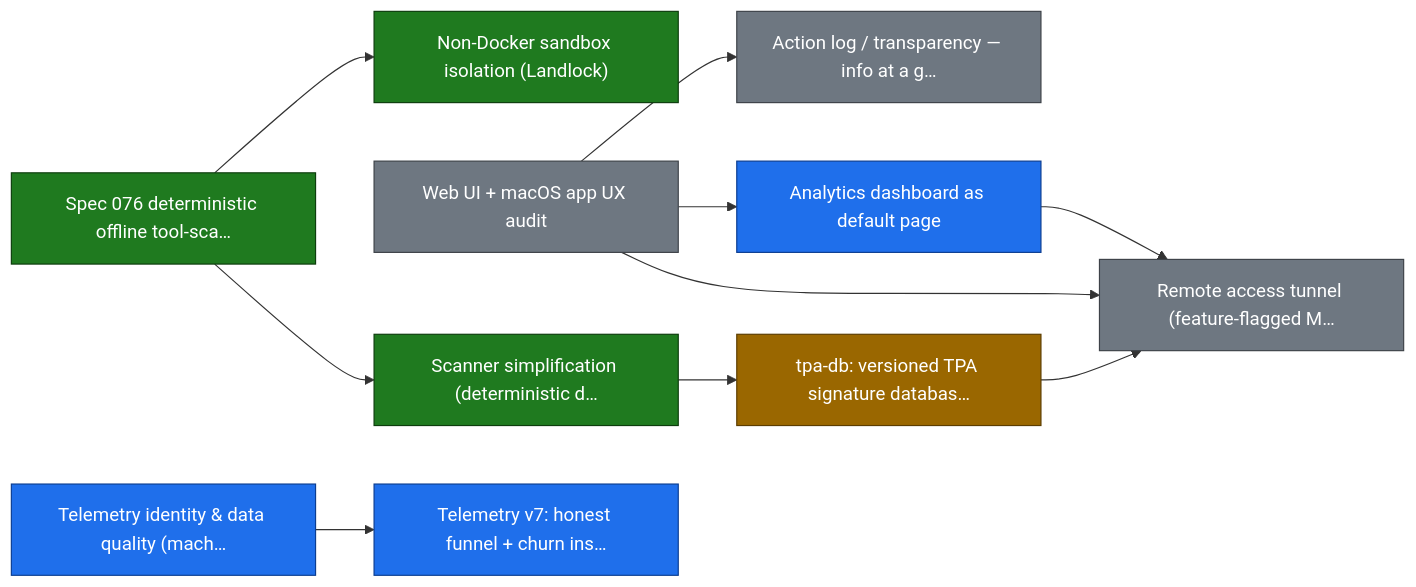
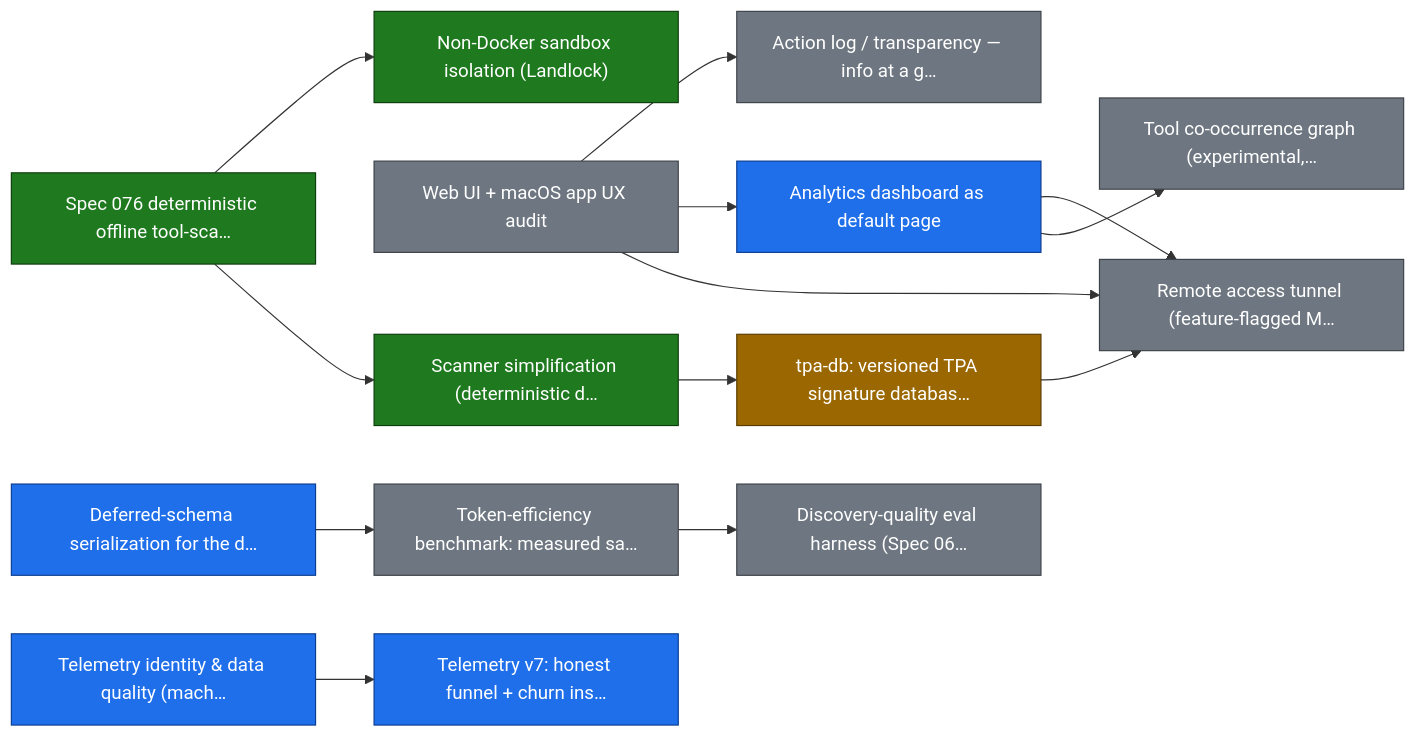
Before and after one commit to smart-mcp-proxy/mcpproxy-go: the first of 20 diagrams in ROADMAP.md, drawn with Mermaid. The commit also changed other lines of this file and 1 other file, not shown here.

First line of the commit message:
chore(roadmap): add token-bench and tool-graph epics

````diff
--- a/ROADMAP.md
+++ b/ROADMAP.md
@@ -36,32 +36,39 @@
 ```mermaid
 graph LR
   sandbox_isolation["Non-Docker sandbox isolation (Landlock)"]
   scanner_v2["Spec 076 deterministic offline tool-sca…"]
   ux_audit["Web UI + macOS app UX audit"]
   action_log_transparency["Action log / transparency — info at a g…"]
   analytics_dashboard["Analytics dashboard as default page"]
   scanner_simplification["Scanner simplification (deterministic d…"]
   tpa_db["tpa-db: versioned TPA signature databas…"]
   remote_access_tunnel["Remote access tunnel (feature-flagged M…"]
+  schema_deferred["Deferred-schema serialization for the d…"]
+  token_bench["Token-efficiency benchmark: measured sa…"]
+  tool_graph["Tool co-occurrence graph (experimental,…"]
   telemetry_identity["Telemetry identity & data quality (mach…"]
   telemetry_v7_churn["Telemetry v7: honest funnel + churn ins…"]
+  discovery_eval_harness["Discovery-quality eval harness (Spec 06…"]
 
   scanner_v2 --> sandbox_isolation
   ux_audit --> action_log_transparency
   ux_audit --> analytics_dashboard
   scanner_v2 --> scanner_simplification
   scanner_simplification --> tpa_db
   tpa_db --> remote_access_tunnel
   ux_audit --> remote_access_tunnel
   analytics_dashboard --> remote_access_tunnel
+  schema_deferred --> token_bench
+  analytics_dashboard --> tool_graph
   telemetry_identity --> telemetry_v7_churn
+  token_bench --> discovery_eval_harness
 
   classDef done fill:#1f7a1f,stroke:#0d3d0d,color:#ffffff;
   classDef in_progress fill:#1f6feb,stroke:#0b3d91,color:#ffffff;
   classDef in_review fill:#9a6700,stroke:#5c3d00,color:#ffffff;
   classDef todo fill:#6e7781,stroke:#3d4248,color:#ffffff;
   class sandbox_isolation,scanner_v2,scanner_simplification done;
-  class analytics_dashboard,telemetry_identity,telemetry_v7_churn in_progress;
+  class analytics_dashboard,schema_deferred,telemetry_identity,telemetry_v7_churn in_progress;
   class tpa_db in_review;
-  class ux_audit,action_log_transparency,remote_access_tunnel todo;
+  class ux_audit,action_log_transparency,remote_access_tunnel,token_bench,tool_graph,discovery_eval_harness todo;
 ```
````
